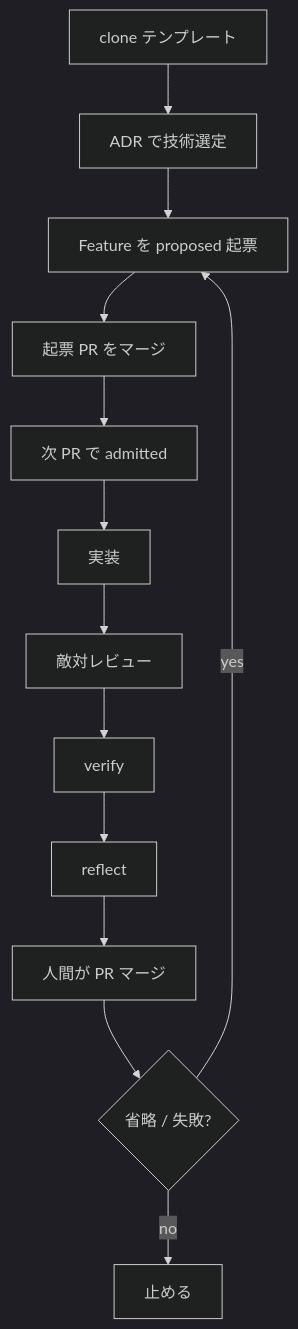
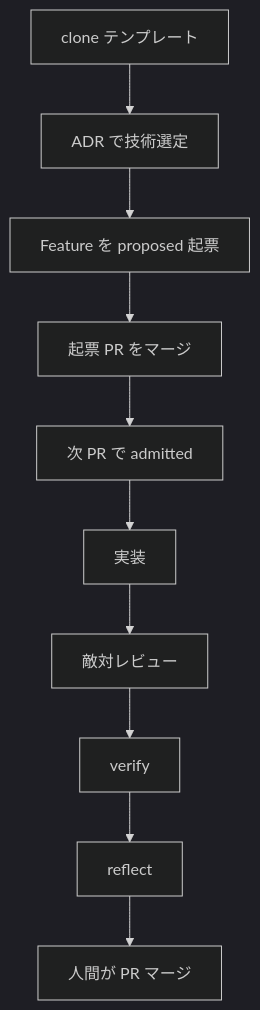
The second of 3 diagrams in README.md (marumo333/cursor-harness), drawn with Mermaid (dark theme) before and after one commit. The commit also changed other lines of this file, not shown here.

Commit message:
docs: 設計概要をモデル・設計・再起の3図に分ける。

````diff
--- a/README.md
+++ b/README.md
@@ -32,15 +40,12 @@
 ```mermaid
 flowchart TD
   clone["clone テンプレート"] --> adr["ADR で技術選定"]
   adr --> feat["Feature を proposed 起票"]
   feat --> merge1["起票 PR をマージ"]
   merge1 --> admit["次 PR で admitted"]
   admit --> impl["実装"]
   impl --> review["敵対レビュー"]
   review --> verify["verify"]
   verify --> reflect["reflect"]
   reflect --> pr["人間が PR マージ"]
-  pr --> cycle{"省略 / 失敗?"}
-  cycle -->|yes| feat
-  cycle -->|no| stop["止める"]
 ```
````
